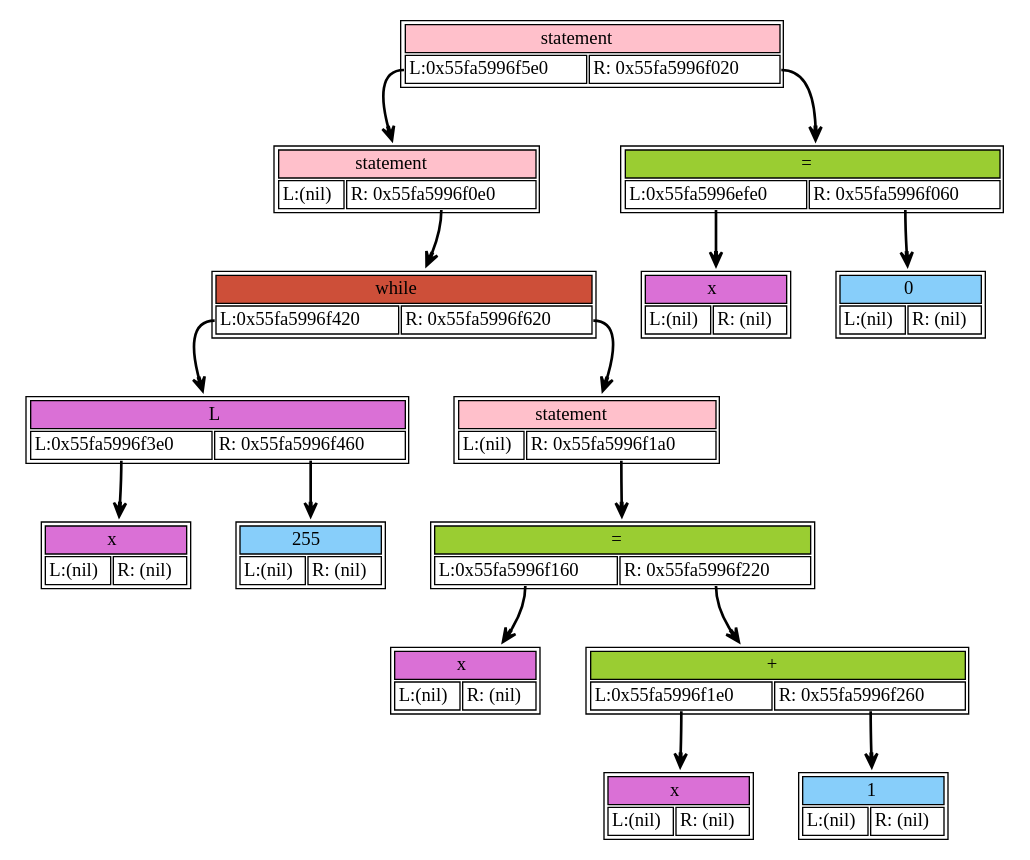
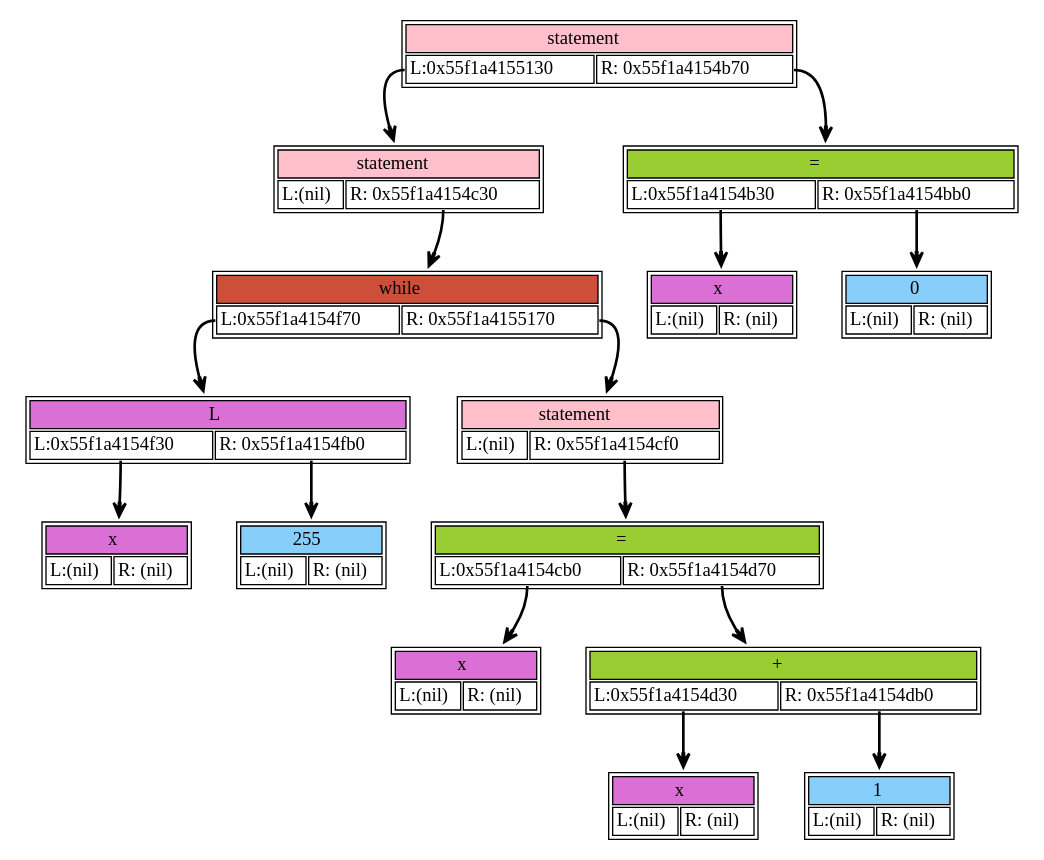
Before and after one commit to Varnike/language: the diagram in dump/dump.dot, drawn with Graphviz. The commit also changed 19 other files, not shown here.

```diff
--- a/dump/dump.dot
+++ b/dump/dump.dot
@@ -1,92 +1,92 @@
 digraph dump_graph {
 	rankdir=TV; 
-node0x55fa5996f5e0 [shape=plaintext
+node0x55f1a4155130 [shape=plaintext
 					label=<<table border='1' cellborder='1'>
 			<tr><td colspan="2" bgcolor="pink" > statement</td></tr>
-					<tr><td port= "lchild">L:(nil)</td><td port="rchild">R: 0x55fa5996f0e0</td></tr>
+					<tr><td port= "lchild">L:(nil)</td><td port="rchild">R: 0x55f1a4154c30</td></tr>
 				</table>>];
-		node0x55fa5996f5e0:rchild -> node0x55fa5996f0e0[style=bold, arrowhead=vee];
-node0x55fa5996f3e0 [shape=plaintext
+		node0x55f1a4155130:rchild -> node0x55f1a4154c30[style=bold, arrowhead=vee];
+node0x55f1a4154f30 [shape=plaintext
 					label=<<table border='1' cellborder='1'>
 			<tr><td colspan="2" bgcolor="orchid" > x</td></tr>
 					<tr><td port= "lchild">L:(nil)</td><td port="rchild">R: (nil)</td></tr>
 				</table>>];
-node0x55fa5996f420 [shape=plaintext
+node0x55f1a4154f70 [shape=plaintext
 					label=<<table border='1' cellborder='1'>
 			<tr><td colspan="2" bgcolor="orchid" > L</td></tr>
-					<tr><td port= "lchild">L:0x55fa5996f3e0</td><td port="rchild">R: 0x55fa5996f460</td></tr>
+					<tr><td port= "lchild">L:0x55f1a4154f30</td><td port="rchild">R: 0x55f1a4154fb0</td></tr>
 				</table>>];
-		node0x55fa5996f420:lchild -> node0x55fa5996f3e0[style=bold, arrowhead=vee];
-		node0x55fa5996f420:rchild -> node0x55fa5996f460[style=bold, arrowhead=vee];
-node0x55fa5996f460 [shape=plaintext
+		node0x55f1a4154f70:lchild -> node0x55f1a4154f30[style=bold, arrowhead=vee];
+		node0x55f1a4154f70:rchild -> node0x55f1a4154fb0[style=bold, arrowhead=vee];
+node0x55f1a4154fb0 [shape=plaintext
 					label=<<table border='1' cellborder='1'>
 			<tr><td colspan="2" bgcolor="lightskyblue" >255</td></tr>
 					<tr><td port= "lchild">L:(nil)</td><td port="rchild">R: (nil)</td></tr>
 				</table>>];
-node0x55fa5996f0e0 [shape=plaintext
+node0x55f1a4154c30 [shape=plaintext
 					label=<<table border='1' cellborder='1'>
 			<tr><td colspan="2" bgcolor="tomato3" > while</td></tr>
-					<tr><td port= "lchild">L:0x55fa5996f420</td><td port="rchild">R: 0x55fa5996f620</td></tr>
+					<tr><td port= "lchild">L:0x55f1a4154f70</td><td port="rchild">R: 0x55f1a4155170</td></tr>
 				</table>>];
-		node0x55fa5996f0e0:lchild -> node0x55fa5996f420[style=bold, arrowhead=vee];
-		node0x55fa5996f0e0:rchild -> node0x55fa5996f620[style=bold, arrowhead=vee];
-node0x55fa5996f620 [shape=plaintext
+		node0x55f1a4154c30:lchild -> node0x55f1a4154f70[style=bold, arrowhead=vee];
+		node0x55f1a4154c30:rchild -> node0x55f1a4155170[style=bold, arrowhead=vee];
+node0x55f1a4155170 [shape=plaintext
 					label=<<table border='1' cellborder='1'>
 			<tr><td colspan="2" bgcolor="pink" > statement</td></tr>
-					<tr><td port= "lchild">L:(nil)</td><td port="rchild">R: 0x55fa5996f1a0</td></tr>
+					<tr><td port= "lchild">L:(nil)</td><td port="rchild">R: 0x55f1a4154cf0</td></tr>
 				</table>>];
-		node0x55fa5996f620:rchild -> node0x55fa5996f1a0[style=bold, arrowhead=vee];
-node0x55fa5996f160 [shape=plaintext
+		node0x55f1a4155170:rchild -> node0x55f1a4154cf0[style=bold, arrowhead=vee];
+node0x55f1a4154cb0 [shape=plaintext
 					label=<<table border='1' cellborder='1'>
 			<tr><td colspan="2" bgcolor="orchid" > x</td></tr>
 					<tr><td port= "lchild">L:(nil)</td><td port="rchild">R: (nil)</td></tr>
 				</table>>];
-node0x55fa5996f1a0 [shape=plaintext
+node0x55f1a4154cf0 [shape=plaintext
 					label=<<table border='1' cellborder='1'>
 			<tr><td colspan="2" bgcolor="olivedrab3" > =</td></tr>
-					<tr><td port= "lchild">L:0x55fa5996f160</td><td port="rchild">R: 0x55fa5996f220</td></tr>
+					<tr><td port= "lchild">L:0x55f1a4154cb0</td><td port="rchild">R: 0x55f1a4154d70</td></tr>
 				</table>>];
-		node0x55fa5996f1a0:lchild -> node0x55fa5996f160[style=bold, arrowhead=vee];
-		node0x55fa5996f1a0:rchild -> node0x55fa5996f220[style=bold, arrowhead=vee];
-node0x55fa5996f1e0 [shape=plaintext
+		node0x55f1a4154cf0:lchild -> node0x55f1a4154cb0[style=bold, arrowhead=vee];
+		node0x55f1a4154cf0:rchild -> node0x55f1a4154d70[style=bold, arrowhead=vee];
+node0x55f1a4154d30 [shape=plaintext
 					label=<<table border='1' cellborder='1'>
 			<tr><td colspan="2" bgcolor="orchid" > x</td></tr>
 					<tr><td port= "lchild">L:(nil)</td><td port="rchild">R: (nil)</td></tr>
 				</table>>];
-node0x55fa5996f220 [shape=plaintext
+node0x55f1a4154d70 [shape=plaintext
 					label=<<table border='1' cellborder='1'>
 			<tr><td colspan="2" bgcolor="olivedrab3" > +</td></tr>
-					<tr><td port= "lchild">L:0x55fa5996f1e0</td><td port="rchild">R: 0x55fa5996f260</td></tr>
+					<tr><td port= "lchild">L:0x55f1a4154d30</td><td port="rchild">R: 0x55f1a4154db0</td></tr>
 				</table>>];
-		node0x55fa5996f220:lchild -> node0x55fa5996f1e0[style=bold, arrowhead=vee];
-		node0x55fa5996f220:rchild -> node0x55fa5996f260[style=bold, arrowhead=vee];
-node0x55fa5996f260 [shape=plaintext
+		node0x55f1a4154d70:lchild -> node0x55f1a4154d30[style=bold, arrowhead=vee];
+		node0x55f1a4154d70:rchild -> node0x55f1a4154db0[style=bold, arrowhead=vee];
+node0x55f1a4154db0 [shape=plaintext
 					label=<<table border='1' cellborder='1'>
 			<tr><td colspan="2" bgcolor="lightskyblue" >1</td></tr>
 					<tr><td port= "lchild">L:(nil)</td><td port="rchild">R: (nil)</td></tr>
 				</table>>];
-node0x55fa5996f5a0 [shape=plaintext
+node0x55f1a41550f0 [shape=plaintext
 					label=<<table border='1' cellborder='1'>
 			<tr><td colspan="2" bgcolor="pink" > statement</td></tr>
-					<tr><td port= "lchild">L:0x55fa5996f5e0</td><td port="rchild">R: 0x55fa5996f020</td></tr>
+					<tr><td port= "lchild">L:0x55f1a4155130</td><td port="rchild">R: 0x55f1a4154b70</td></tr>
 				</table>>];
-		node0x55fa5996f5a0:lchild -> node0x55fa5996f5e0[style=bold, arrowhead=vee];
-		node0x55fa5996f5a0:rchild -> node0x55fa5996f020[style=bold, arrowhead=vee];
-node0x55fa5996efe0 [shape=plaintext
+		node0x55f1a41550f0:lchild -> node0x55f1a4155130[style=bold, arrowhead=vee];
+		node0x55f1a41550f0:rchild -> node0x55f1a4154b70[style=bold, arrowhead=vee];
+node0x55f1a4154b30 [shape=plaintext
 					label=<<table border='1' cellborder='1'>
 			<tr><td colspan="2" bgcolor="orchid" > x</td></tr>
 					<tr><td port= "lchild">L:(nil)</td><td port="rchild">R: (nil)</td></tr>
 				</table>>];
-node0x55fa5996f020 [shape=plaintext
+node0x55f1a4154b70 [shape=plaintext
 					label=<<table border='1' cellborder='1'>
 			<tr><td colspan="2" bgcolor="olivedrab3" > =</td></tr>
-					<tr><td port= "lchild">L:0x55fa5996efe0</td><td port="rchild">R: 0x55fa5996f060</td></tr>
+					<tr><td port= "lchild">L:0x55f1a4154b30</td><td port="rchild">R: 0x55f1a4154bb0</td></tr>
 				</table>>];
-		node0x55fa5996f020:lchild -> node0x55fa5996efe0[style=bold, arrowhead=vee];
-		node0x55fa5996f020:rchild -> node0x55fa5996f060[style=bold, arrowhead=vee];
-node0x55fa5996f060 [shape=plaintext
+		node0x55f1a4154b70:lchild -> node0x55f1a4154b30[style=bold, arrowhead=vee];
+		node0x55f1a4154b70:rchild -> node0x55f1a4154bb0[style=bold, arrowhead=vee];
+node0x55f1a4154bb0 [shape=plaintext
 					label=<<table border='1' cellborder='1'>
 			<tr><td colspan="2" bgcolor="lightskyblue" >0</td></tr>
 					<tr><td port= "lchild">L:(nil)</td><td port="rchild">R: (nil)</td></tr>
 				</table>>];
 }
```
